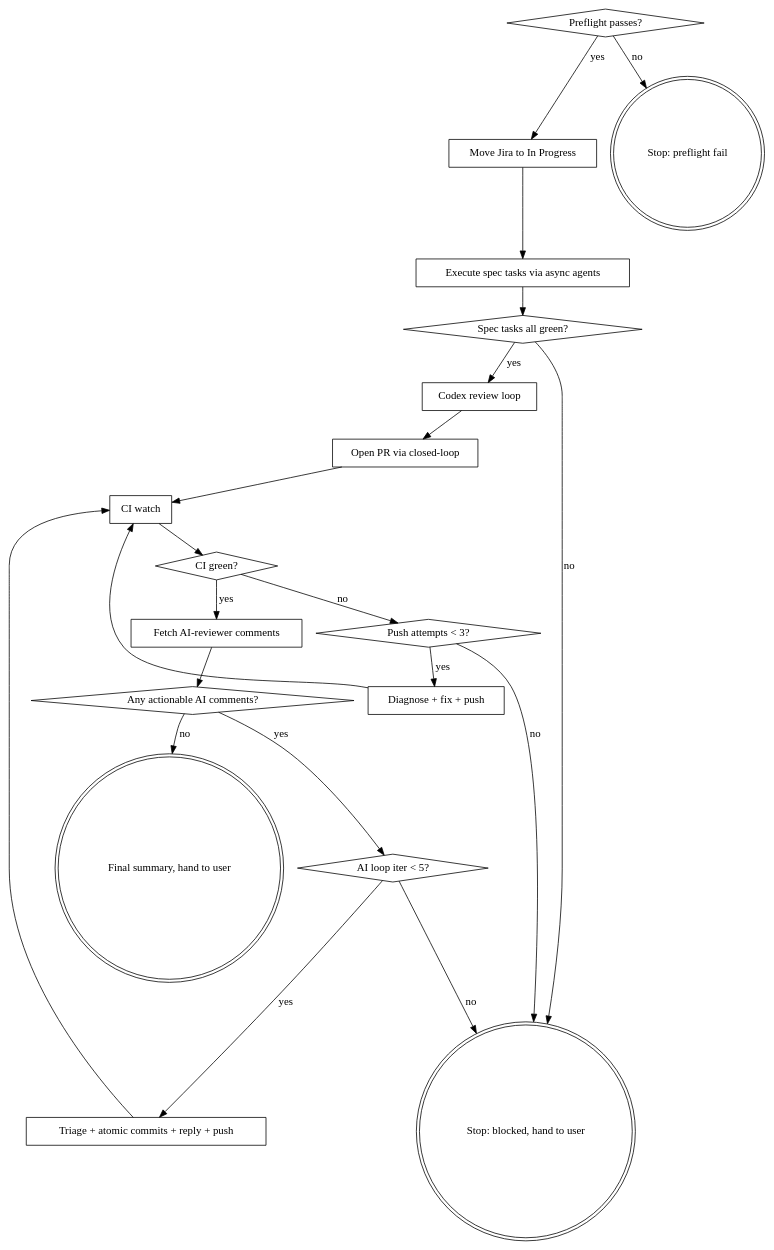
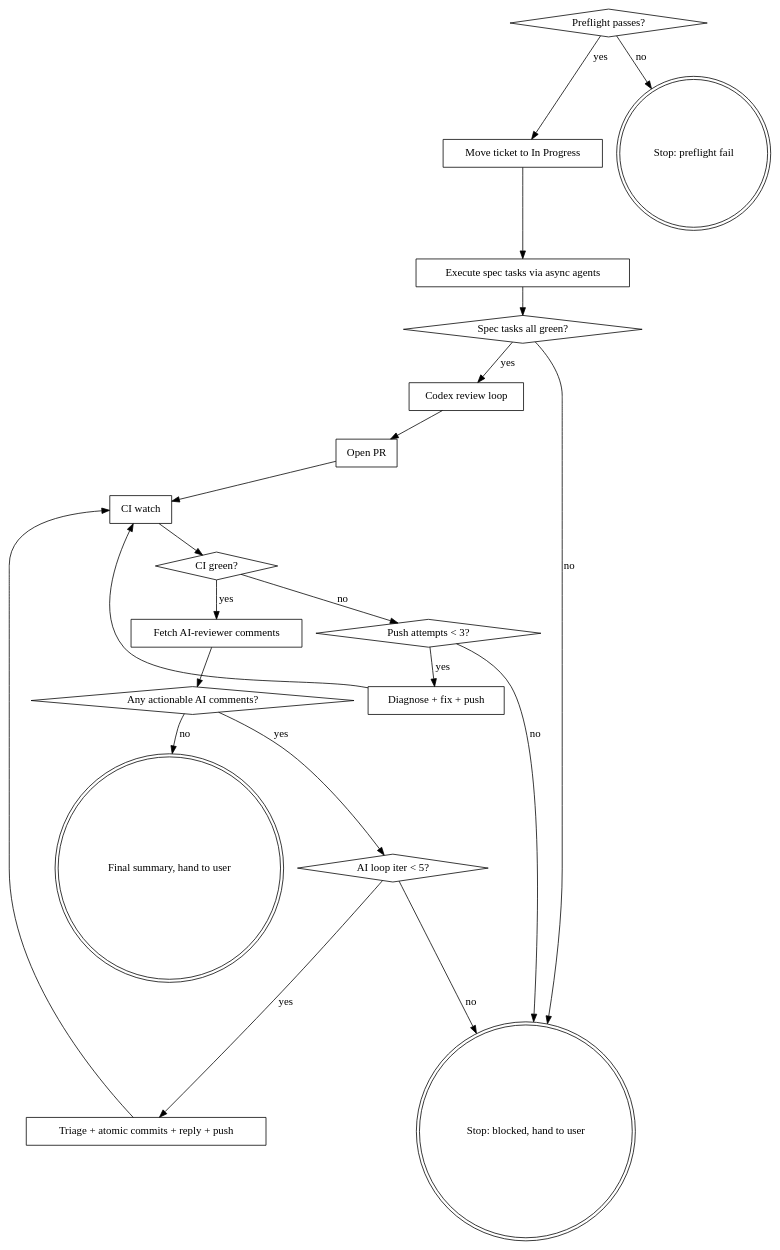
One commit to goooseman/dotfiles changed the diagram in dot_claude/skills/g-execute-plan/SKILL.md. Above: the diagram before and after it, drawn with Graphviz. The commit also changed other lines of this file and 4 other files, not shown here.

````diff
--- a/dot_claude/skills/g-execute-plan/SKILL.md
+++ b/dot_claude/skills/g-execute-plan/SKILL.md
@@ -235,42 +242,42 @@
 ```dot
 digraph g_execute_plan {
     "Preflight passes?" [shape=diamond];
-    "Move Jira to In Progress" [shape=box];
+    "Move ticket to In Progress" [shape=box];
     "Execute spec tasks via async agents" [shape=box];
     "Spec tasks all green?" [shape=diamond];
     "Codex review loop" [shape=box];
-    "Open PR via closed-loop" [shape=box];
+    "Open PR" [shape=box];
     "CI watch" [shape=box];
     "CI green?" [shape=diamond];
     "Diagnose + fix + push" [shape=box];
     "Push attempts < 3?" [shape=diamond];
     "Fetch AI-reviewer comments" [shape=box];
     "Any actionable AI comments?" [shape=diamond];
     "Triage + atomic commits + reply + push" [shape=box];
     "AI loop iter < 5?" [shape=diamond];
     "Final summary, hand to user" [shape=doublecircle];
     "Stop: blocked, hand to user" [shape=doublecircle];
     "Stop: preflight fail" [shape=doublecircle];
 
-    "Preflight passes?" -> "Move Jira to In Progress" [label="yes"];
+    "Preflight passes?" -> "Move ticket to In Progress" [label="yes"];
     "Preflight passes?" -> "Stop: preflight fail" [label="no"];
-    "Move Jira to In Progress" -> "Execute spec tasks via async agents";
+    "Move ticket to In Progress" -> "Execute spec tasks via async agents";
     "Execute spec tasks via async agents" -> "Spec tasks all green?";
     "Spec tasks all green?" -> "Stop: blocked, hand to user" [label="no"];
     "Spec tasks all green?" -> "Codex review loop" [label="yes"];
-    "Codex review loop" -> "Open PR via closed-loop";
-    "Open PR via closed-loop" -> "CI watch";
+    "Codex review loop" -> "Open PR";
+    "Open PR" -> "CI watch";
     "CI watch" -> "CI green?";
     "CI green?" -> "Fetch AI-reviewer comments" [label="yes"];
     "CI green?" -> "Push attempts < 3?" [label="no"];
     "Push attempts < 3?" -> "Diagnose + fix + push" [label="yes"];
     "Push attempts < 3?" -> "Stop: blocked, hand to user" [label="no"];
     "Diagnose + fix + push" -> "CI watch";
     "Fetch AI-reviewer comments" -> "Any actionable AI comments?";
     "Any actionable AI comments?" -> "Final summary, hand to user" [label="no"];
     "Any actionable AI comments?" -> "AI loop iter < 5?" [label="yes"];
     "AI loop iter < 5?" -> "Triage + atomic commits + reply + push" [label="yes"];
     "AI loop iter < 5?" -> "Stop: blocked, hand to user" [label="no"];
     "Triage + atomic commits + reply + push" -> "CI watch";
 }
 ```
````
